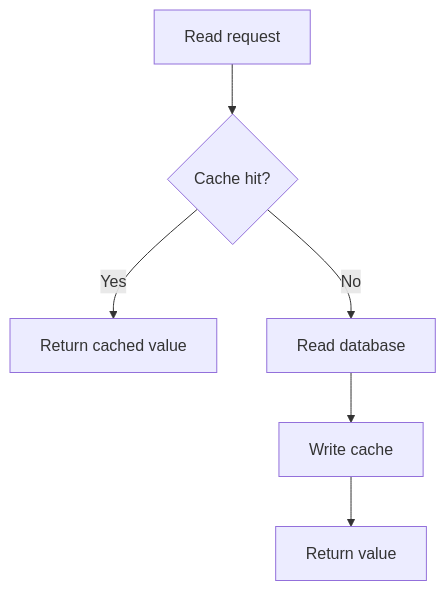
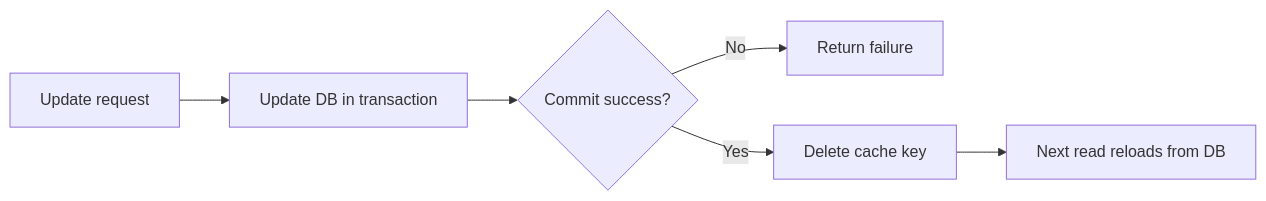
Before and after one commit to AmazingCaddy/readings-backend: the fourth of 5 diagrams in docs/cache/cache-aside.md, drawn with Mermaid. The commit also changed other lines of this file, not shown here.

Commit message:
docs: expand cache aside guide

````diff
--- a/docs/cache/cache-aside.md
+++ b/docs/cache/cache-aside.md
@@ -9,8 +409,8 @@
 ```mermaid
-flowchart TD
-    A[Read request] --> B{Cache hit?}
-    B -->|Yes| C[Return cached value]
-    B -->|No| D[Read database]
-    D --> E[Write cache]
-    E --> F[Return value]
+flowchart LR
+    A[Update request] --> B[Update DB in transaction]
+    B --> C{Commit success?}
+    C -->|No| D[Return failure]
+    C -->|Yes| E[Delete cache key]
+    E --> F[Next read reloads from DB]
 ```
````
